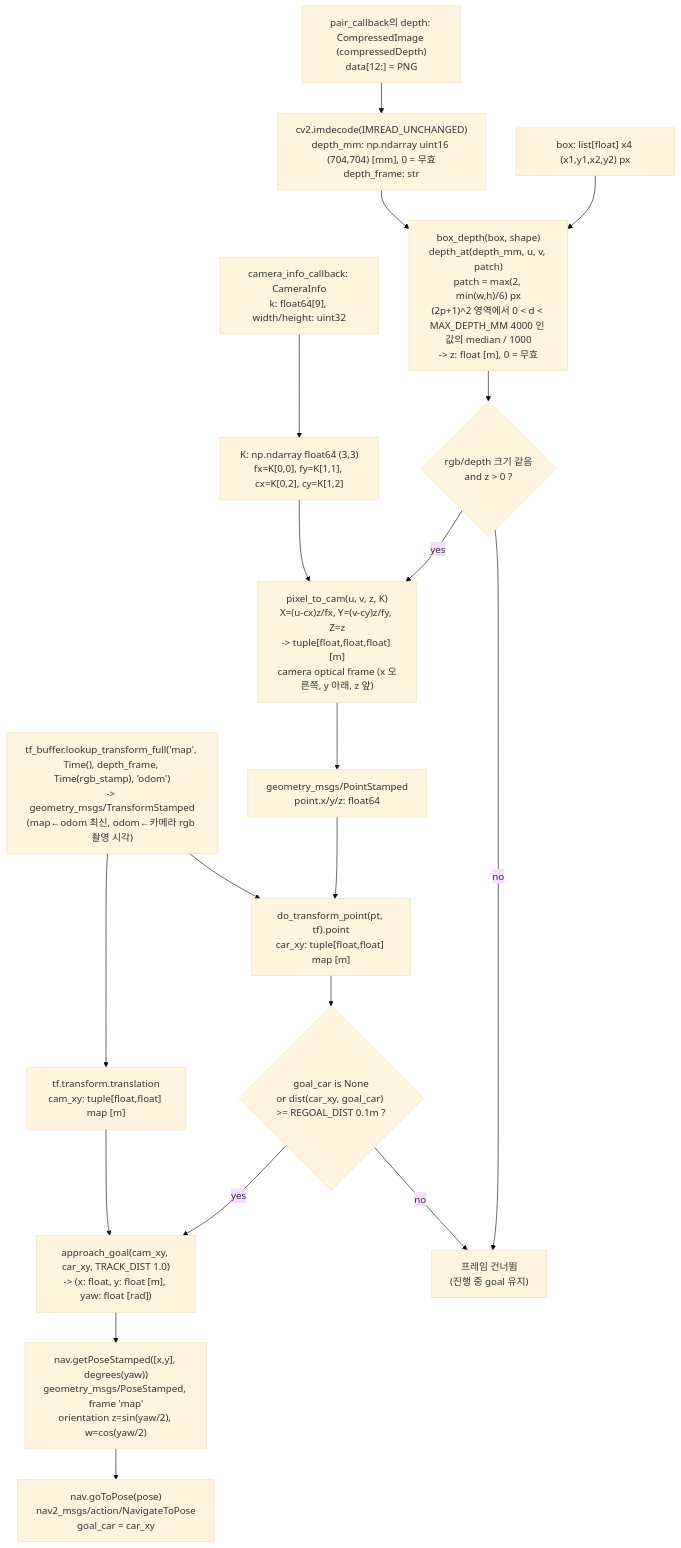
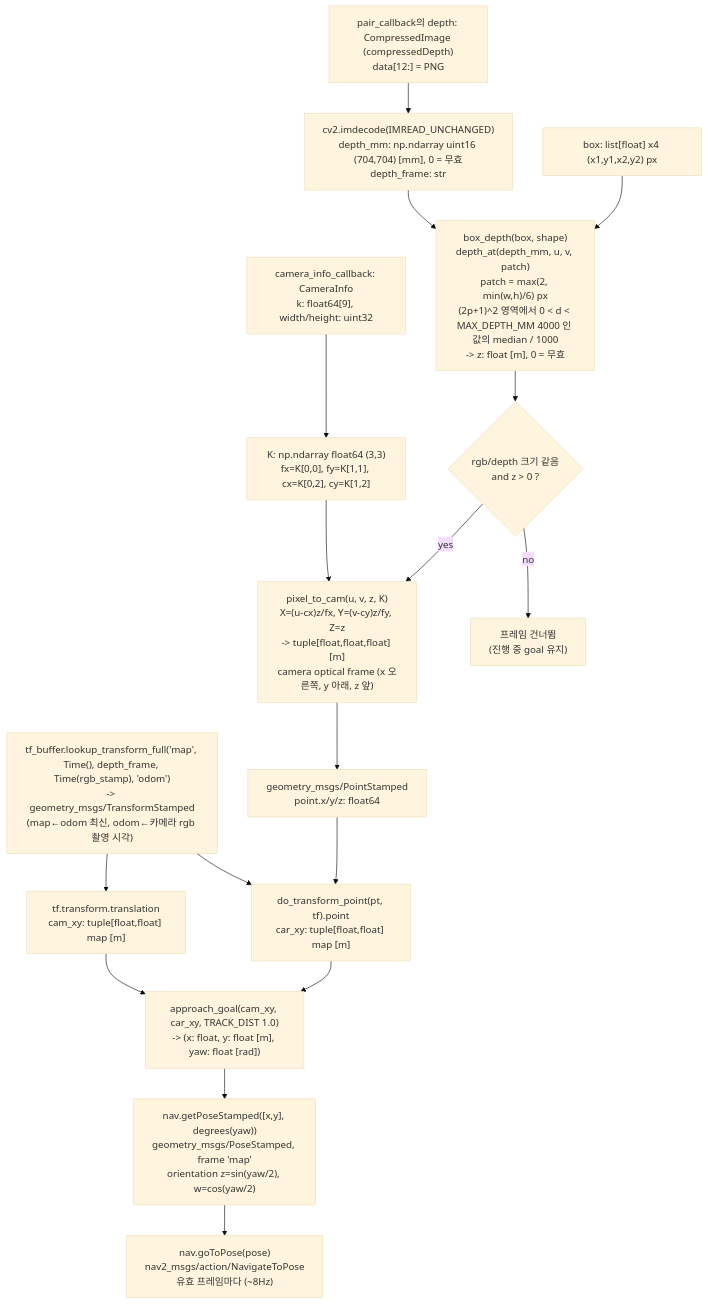
Before and after one commit to choicsh/cobot4_ws_miniproject: the fifth of 7 diagrams in docs/architecture.md, drawn with Mermaid (base theme). The commit also changed other lines of this file and 2 other files, not shown here.

Commit message:
feat(mission): TRACK goal을 유효 프레임마다 전송 (REGOAL_DIST 제거)

````diff
--- a/docs/architecture.md
+++ b/docs/architecture.md
@@ -149,21 +149,19 @@
 ```mermaid
 flowchart TD
     D0["pair_callback의 depth: CompressedImage (compressedDepth)<br/>data[12:] = PNG"] --> D1["cv2.imdecode(IMREAD_UNCHANGED)<br/>depth_mm: np.ndarray uint16 (704,704) [mm], 0 = 무효<br/>depth_frame: str"]
     K0["camera_info_callback: CameraInfo<br/>k: float64[9], width/height: uint32"] --> K1["K: np.ndarray float64 (3,3)<br/>fx=K[0,0], fy=K[1,1], cx=K[0,2], cy=K[1,2]"]
     BOX["box: list[float] x4 (x1,y1,x2,y2) px"] --> Z
     D1 --> Z["box_depth(box, shape)<br/>depth_at(depth_mm, u, v, patch)<br/>patch = max(2, min(w,h)/6) px<br/>(2p+1)^2 영역에서 0 < d < MAX_DEPTH_MM 4000 인 값의 median / 1000<br/>-> z: float [m], 0 = 무효"]
     Z --> CHK{"rgb/depth 크기 같음<br/>and z > 0 ?"}
     CHK -- no --> SKIP["프레임 건너뜀<br/>(진행 중 goal 유지)"]
     CHK -- yes --> P["pixel_to_cam(u, v, z, K)<br/>X=(u-cx)z/fx, Y=(v-cy)z/fy, Z=z<br/>-> tuple[float,float,float] [m]<br/>camera optical frame (x 오른쪽, y 아래, z 앞)"]
     K1 --> P
     TF0["tf_buffer.lookup_transform_full('map', Time(), depth_frame, Time(rgb_stamp), 'odom')<br/>-> geometry_msgs/TransformStamped<br/>(map←odom 최신, odom←카메라 rgb 촬영 시각)"] --> T
     P --> PS["geometry_msgs/PointStamped<br/>point.x/y/z: float64"]
     PS --> T["do_transform_point(pt, tf).point<br/>car_xy: tuple[float,float] map [m]"]
     TF0 --> CAM["tf.transform.translation<br/>cam_xy: tuple[float,float] map [m]"]
-    T --> RG{"goal_car is None<br/>or dist(car_xy, goal_car) >= REGOAL_DIST 0.1m ?"}
-    RG -- no --> SKIP
-    RG -- yes --> AG["approach_goal(cam_xy, car_xy, TRACK_DIST 1.0)<br/>-> (x: float, y: float [m], yaw: float [rad])"]
+    T --> AG["approach_goal(cam_xy, car_xy, TRACK_DIST 1.0)<br/>-> (x: float, y: float [m], yaw: float [rad])"]
     CAM --> AG
     AG --> PO["nav.getPoseStamped([x,y], degrees(yaw))<br/>geometry_msgs/PoseStamped, frame 'map'<br/>orientation z=sin(yaw/2), w=cos(yaw/2)"]
-    PO --> GO["nav.goToPose(pose)<br/>nav2_msgs/action/NavigateToPose<br/>goal_car = car_xy"]
+    PO --> GO["nav.goToPose(pose)<br/>nav2_msgs/action/NavigateToPose<br/>유효 프레임마다 (~8Hz)"]
 ```
````
